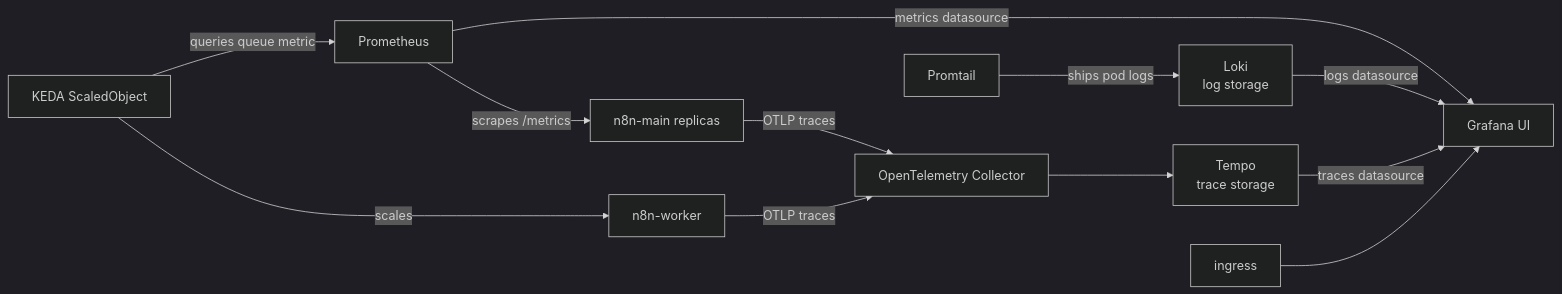
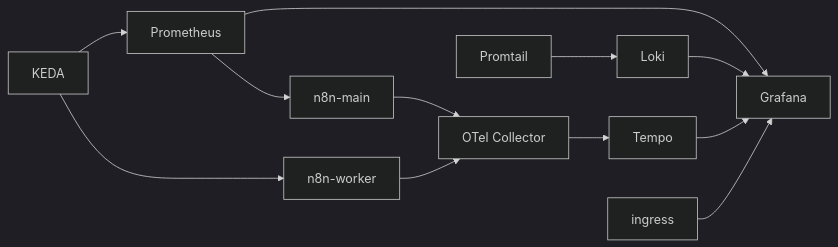
Before and after one commit to joelemieux66/n8n-local-k8s: the second of 2 diagrams in README.md, drawn with Mermaid (dark theme). The commit also changed other lines of this file and 9 other files, not shown here.

````diff
--- a/README.md
+++ b/README.md
@@ -41,17 +48,14 @@
 ```mermaid
 flowchart LR
-  main["n8n-main replicas"] -->|"OTLP traces"| otel["OpenTelemetry Collector"]
-  worker["n8n-worker"] -->|"OTLP traces"| otel
-  otel --> tempo["Tempo\ntrace storage"]
-
-  prom["Prometheus"] -->|"scrapes /metrics"| main
-  keda["KEDA ScaledObject"] -->|"queries queue metric"| prom
-  keda -->|"scales"| worker
-
-  promtail["Promtail"] -->|"ships pod logs"| loki["Loki\nlog storage"]
-
-  prom -->|"metrics datasource"| grafana["Grafana UI"]
-  loki -->|"logs datasource"| grafana
-  tempo -->|"traces datasource"| grafana
+  main["n8n-main"] --> otel["OTel Collector"]
+  worker["n8n-worker"] --> otel
+  otel --> tempo["Tempo"]
+  prom["Prometheus"] --> main
+  keda["KEDA"] --> prom
+  keda --> worker
+  promtail["Promtail"] --> loki["Loki"]
+  prom --> grafana["Grafana"]
+  loki --> grafana
+  tempo --> grafana
   ingress --> grafana
 ```
````
